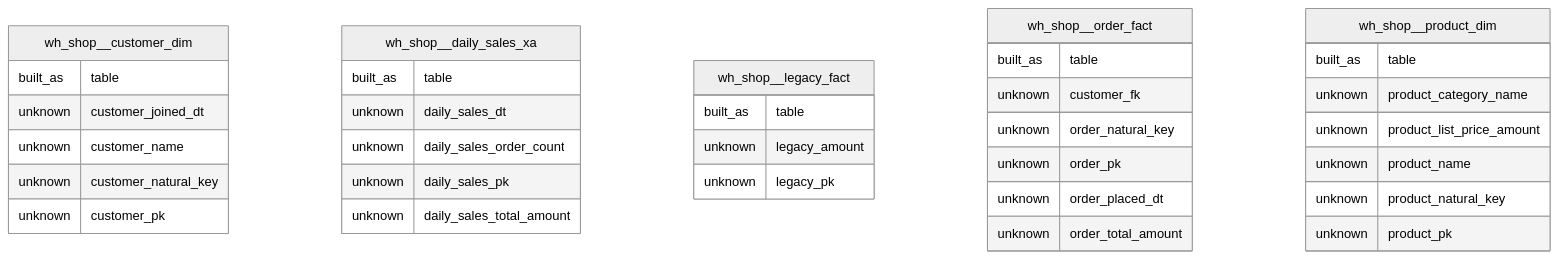
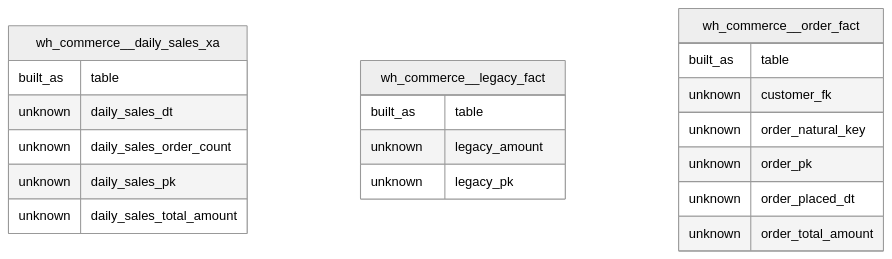
One commit to sav-sus/Hunter changed the third of 6 diagrams in docs/example/data-model.md. Above: the diagram before and after it, drawn with Mermaid (neutral theme). The commit also changed other lines of this file and 130 other files, not shown here.

First line of the commit message:
Add the roadmap, verified status, layer discovery and Pages publishing

````diff
--- a/docs/example/data-model.md
+++ b/docs/example/data-model.md
@@ -90,38 +64,23 @@
 ```mermaid
 erDiagram
-  wh_shop__customer_dim {
-    built_as table
-    unknown customer_joined_dt
-    unknown customer_name
-    unknown customer_natural_key
-    unknown customer_pk
-  }
-  wh_shop__daily_sales_xa {
+  wh_commerce__daily_sales_xa {
     built_as table
     unknown daily_sales_dt
     unknown daily_sales_order_count
     unknown daily_sales_pk
     unknown daily_sales_total_amount
   }
-  wh_shop__legacy_fact {
+  wh_commerce__legacy_fact {
     built_as table
     unknown legacy_amount
     unknown legacy_pk
   }
-  wh_shop__order_fact {
+  wh_commerce__order_fact {
     built_as table
     unknown customer_fk
     unknown order_natural_key
     unknown order_pk
     unknown order_placed_dt
     unknown order_total_amount
   }
-  wh_shop__product_dim {
-    built_as table
-    unknown product_category_name
-    unknown product_list_price_amount
-    unknown product_name
-    unknown product_natural_key
-    unknown product_pk
-  }
 ```
````
